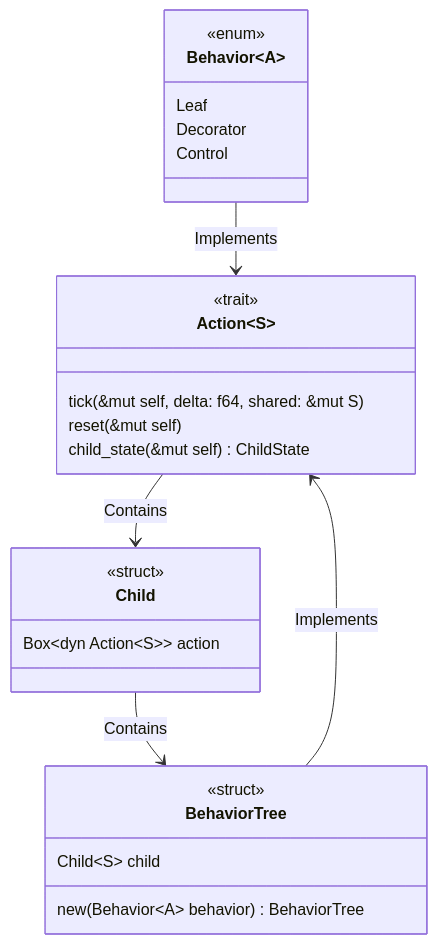
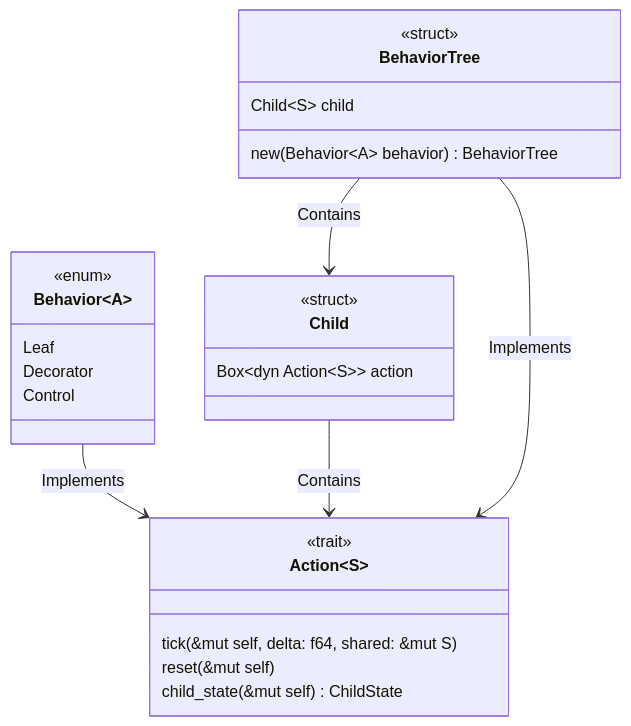
One commit to coder137/behaviortree-rs changed the diagram in README.md. Above: the diagram before and after it, drawn with Mermaid.

Commit message:
Minor docs

````diff
--- a/README.md
+++ b/README.md
@@ -3,38 +3,38 @@
 ```mermaid
 classDiagram
 
 class Behavior~A~ {
     <<enum>>
     Leaf
     Decorator
     Control
 }
 
 class Action~S~ {
     <<trait>>
     tick(&mut self, delta: f64, shared: &mut S)
     reset(&mut self)
     child_state(&mut self) ChildState
 }
 
 
 
 class Child {
     <<struct>>
     Box~dyn Action~S~~ action
 }
 
 class BehaviorTree {
     <<struct>>
     Child~S~ child
 
     new(Behavior~A~ behavior) BehaviorTree
 }
 
 Behavior --> Action: Implements
 
-Action --> Child: Contains
+Child --> Action: Contains
 
 BehaviorTree --> Action: Implements
-Child --> BehaviorTree: Contains
+BehaviorTree --> Child: Contains
 ```
````
